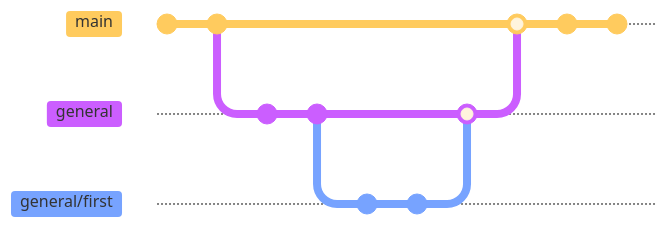
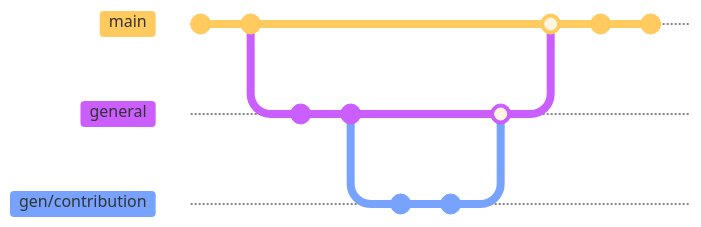
The diagram in README.md (mex-data-science/mex-technical-documentation), drawn with Mermaid before and after one commit. Commit ids are hidden.

Commit message:
Remove commit labels from diagram

````diff
--- a/README.md
+++ b/README.md
@@ -19,20 +19,20 @@
 ```mermaid
-%%{init: {'theme':'base'}}%%
+%%{init: {'theme':'base', 'gitGraph': {'showCommitLabel': false}}}%%
 gitGraph
     commit
     commit
     branch general
     checkout general
     commit
     commit
-    branch general/first
-    checkout general/first
+    branch gen/contribution
+    checkout gen/contribution
     commit
     commit
     checkout general
-    merge general/first
+    merge gen/contribution
     checkout main
     merge general
     commit
     commit
 ```
````
